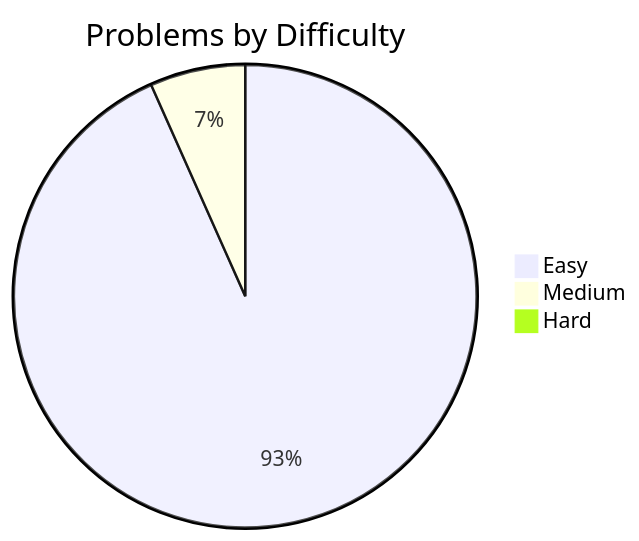
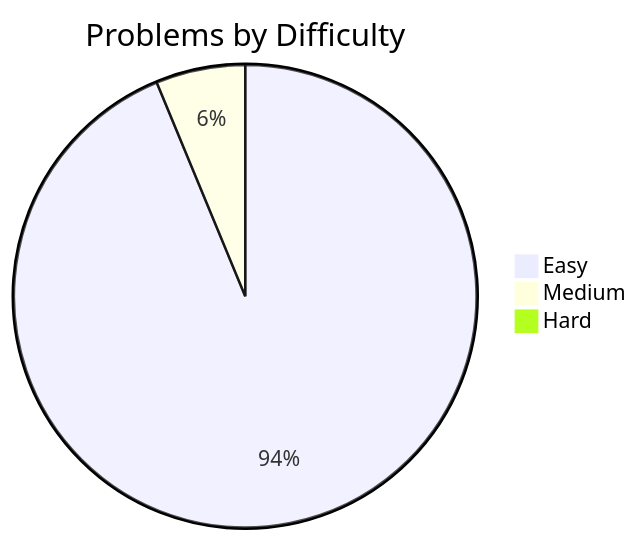
The diagram in README.md (davelin18yufan/leetcode-journal), drawn with Mermaid before and after one commit. The commit also changed other lines of this file and 4 other files, not shown here.

````diff
--- a/README.md
+++ b/README.md
@@ -9,7 +9,7 @@
 ```mermaid
 pie
     title Problems by Difficulty
-    "Easy" : 14
+    "Easy" : 15
     "Medium" : 1
     "Hard" : 0
 ```
````
